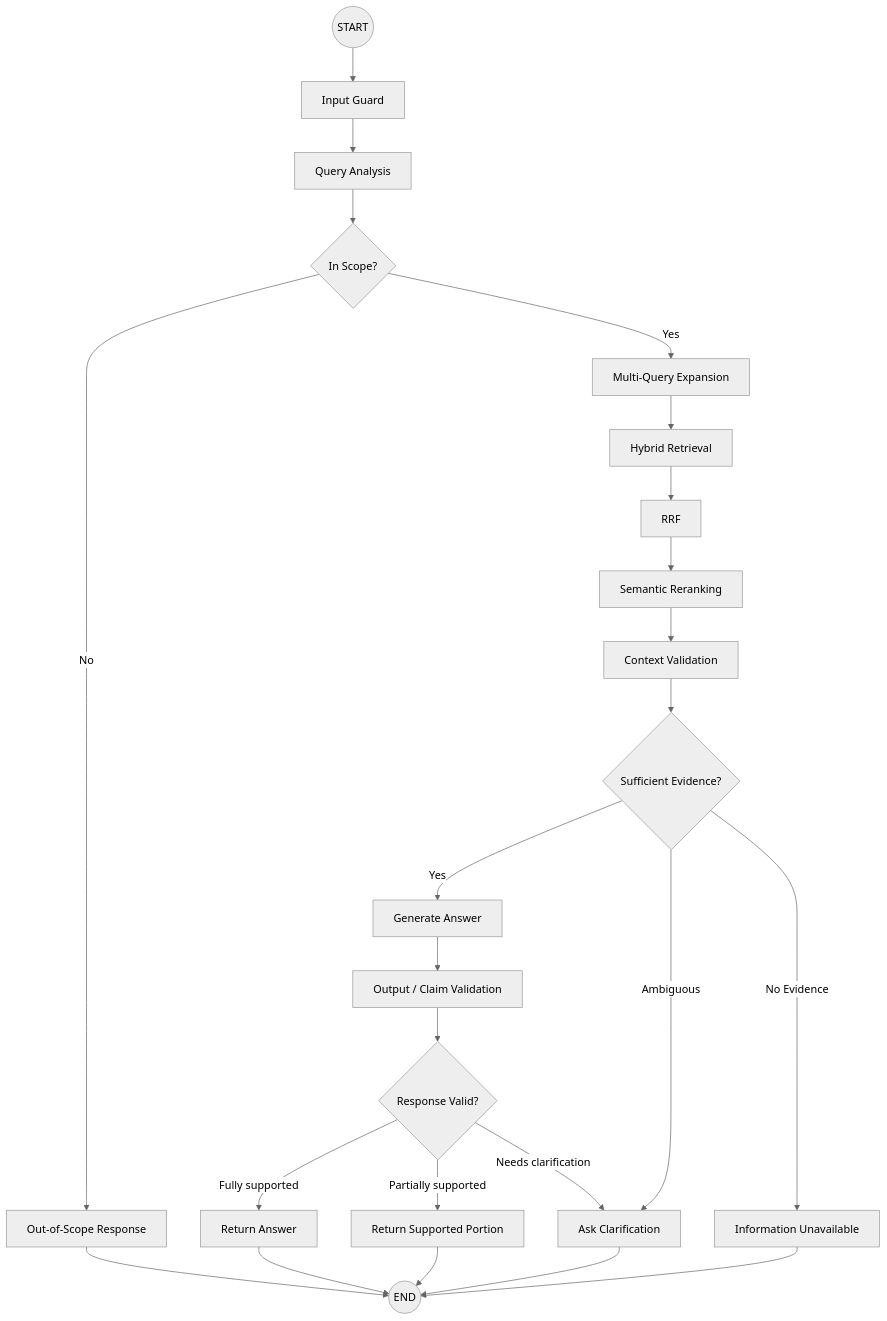
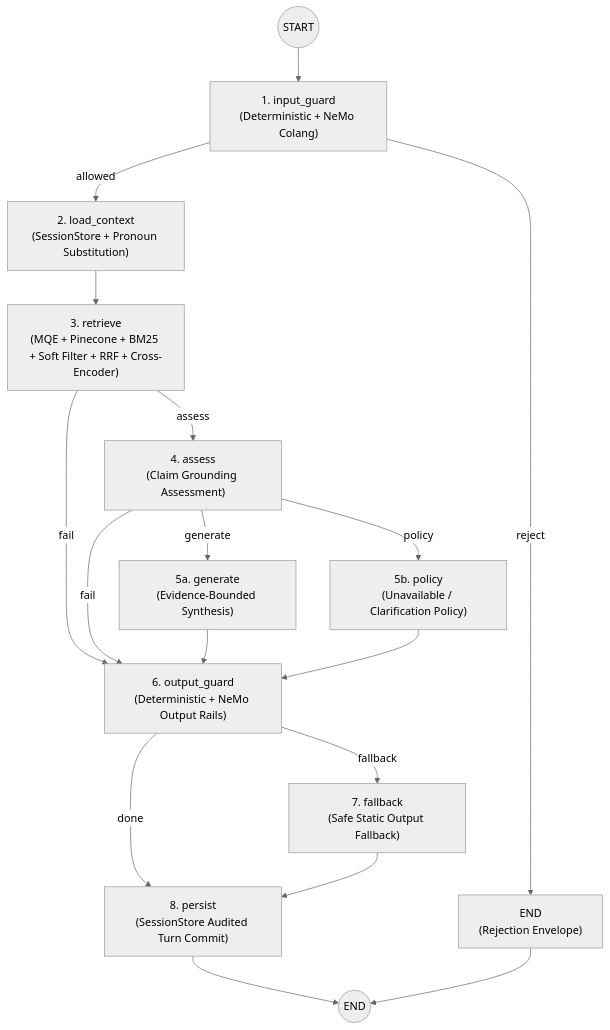
The fourth of 31 diagrams in docs/ARCHITECTURE.md (AdithyaGopakumar/Advanced-RAG-Banking), drawn with Mermaid (neutral theme) before and after one commit. The commit also changed other lines of this file and 8 other files, not shown here.

````diff
--- a/docs/ARCHITECTURE.md
+++ b/docs/ARCHITECTURE.md
@@ -396,32 +453,26 @@
 ``` mermaid
 flowchart TD
-    START((START)) --> Input["Input Guard"]
-    Input --> Analyze["Query Analysis"]
-    Analyze --> Scope{"In Scope?"}
+    START((START)) --> InputGuard["1. input_guard<br/>(Deterministic + NeMo Colang)"]
 
-    Scope -->|No| Out["Out-of-Scope Response"]
-    Scope -->|Yes| MQE["Multi-Query Expansion"]
+    InputGuard -->|reject| Rejection["END<br/>(Rejection Envelope)"]
+    InputGuard -->|allowed| LoadContext["2. load_context<br/>(SessionStore + Pronoun Substitution)"]
 
-    MQE --> Retrieve["Hybrid Retrieval"]
-    Retrieve --> RRF["RRF"]
-    RRF --> Rerank["Semantic Reranking"]
-    Rerank --> Context["Context Validation"]
-    Context --> Evidence{"Sufficient Evidence?"}
+    LoadContext --> Retrieve["3. retrieve<br/>(MQE + Pinecone + BM25 + Soft Filter + RRF + Cross-Encoder)"]
 
-    Evidence -->|Yes| Generate["Generate Answer"]
-    Evidence -->|Ambiguous| Clarify["Ask Clarification"]
-    Evidence -->|No Evidence| Unavailable["Information Unavailable"]
+    Retrieve -->|fail| OutputGuard["6. output_guard<br/>(Deterministic + NeMo Output Rails)"]
+    Retrieve -->|assess| Assess["4. assess<br/>(Claim Grounding Assessment)"]
 
-    Generate --> Validate["Output / Claim Validation"]
-    Validate --> Result{"Response Valid?"}
+    Assess -->|generate| Generate["5a. generate<br/>(Evidence-Bounded Synthesis)"]
+    Assess -->|policy| Policy["5b. policy<br/>(Unavailable / Clarification Policy)"]
+    Assess -->|fail| OutputGuard
 
-    Result -->|Fully supported| Answer["Return Answer"]
-    Result -->|Partially supported| Partial["Return Supported Portion"]
-    Result -->|Needs clarification| Clarify
+    Generate --> OutputGuard
+    Policy --> OutputGuard
 
-    Answer --> END((END))
-    Partial --> END
-    Clarify --> END
-    Unavailable --> END
-    Out --> END
+    OutputGuard -->|fallback| Fallback["7. fallback<br/>(Safe Static Output Fallback)"]
+    OutputGuard -->|done| Persist["8. persist<br/>(SessionStore Audited Turn Commit)"]
+
+    Fallback --> Persist
+    Persist --> END((END))
+    Rejection --> END
 ```
````
